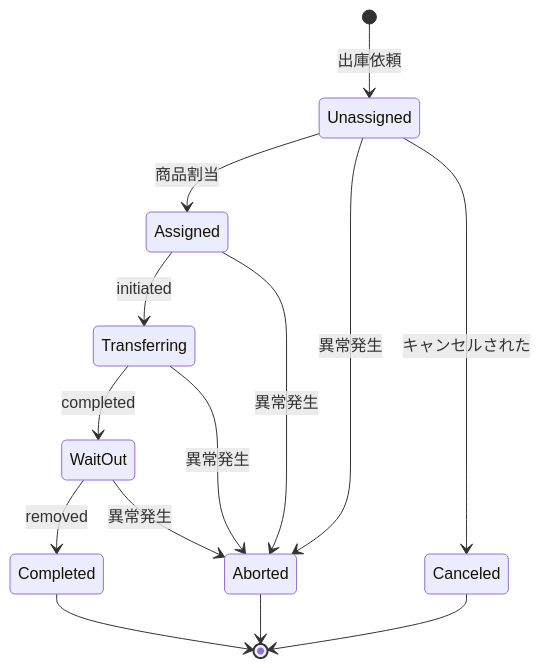
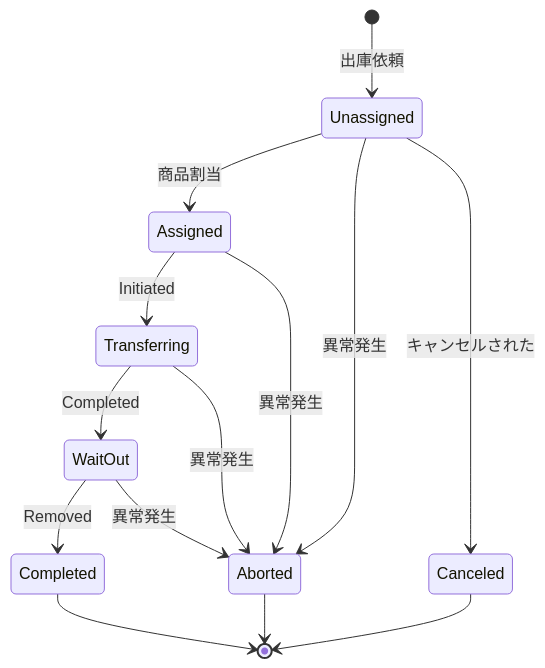
One commit to YE0250OCHI/FinalAssignment_TeamA changed the first of 3 diagrams in docs/server/job_rules.md. Above: the diagram before and after it, drawn with Mermaid. The commit also changed other lines of this file, not shown here.

````diff
--- a/docs/server/job_rules.md
+++ b/docs/server/job_rules.md
@@ -153,23 +153,23 @@
 ``` mermaid
 stateDiagram-v2
 
 [*] --> Unassigned : 出庫依頼
 
 Unassigned --> Assigned : 商品割当
 Unassigned --> Aborted : 異常発生
 
-Assigned --> Transferring : initiated
+Assigned --> Transferring : Initiated
 Assigned --> Aborted : 異常発生
 
-Transferring --> WaitOut : completed
+Transferring --> WaitOut : Completed
 Transferring --> Aborted : 異常発生
 
-WaitOut --> Completed : removed
+WaitOut --> Completed : Removed
 WaitOut --> Aborted : 異常発生
 
 Unassigned --> Canceled : キャンセルされた
 
 Canceled --> [*]
 Completed --> [*]
 Aborted --> [*]
 ```
````
